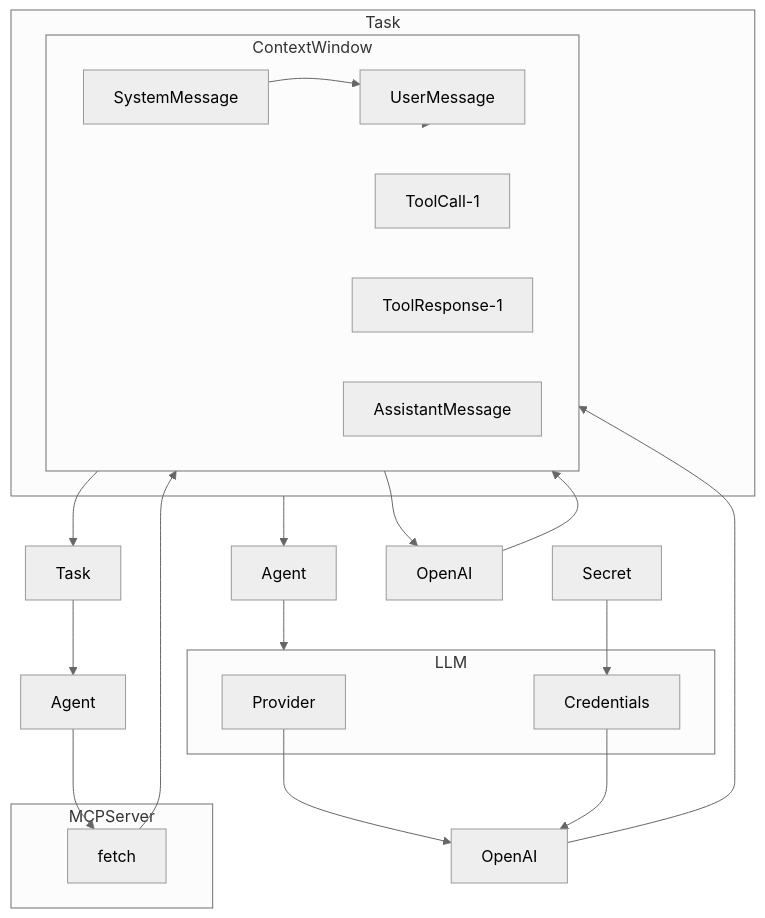
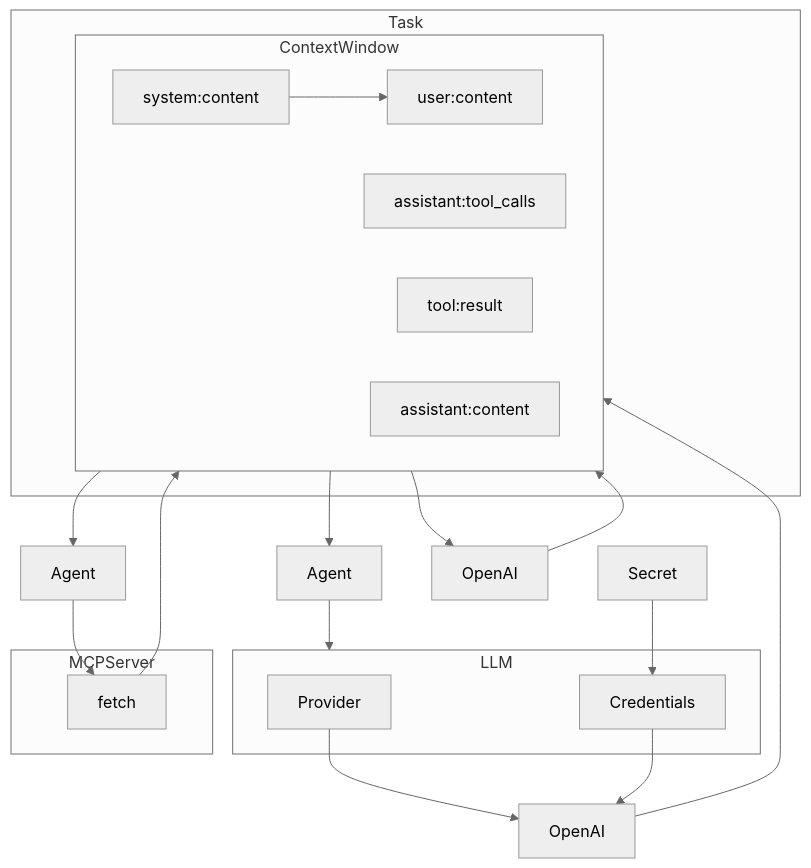
The sixth of 6 diagrams in README.md (humanlayer/smallchain), drawn with Mermaid (neutral theme) before and after one commit. The commit also changed other lines of this file, not shown here.

````diff
--- a/README.md
+++ b/README.md
@@ -708,35 +710,34 @@
 ```mermaid
 flowchart TD
 
     subgraph LLM
       Provider
       Credentials
     end
     subgraph MCPServer
       fetch
     end
     subgraph Task
       subgraph ContextWindow
         direction LR
-        SystemMessage
-        UserMessage
-        ToolCall-1
-        ToolResponse-1
-        AssistantMessage
+        SystemMessage[system:content]
+        UserMessage[user:content]
+        ToolCall-1[assistant:tool_calls]
+        ToolResponse-1[tool:result]
+        AssistantMessage[assistant:content]
       end
     end
     SystemMessage --> UserMessage
 
-    Task2[Task]
     Agent2[Agent]
 
-    UserMessage --> Task --> Agent --> LLM
+    UserMessage --> Agent --> LLM
     Provider --> OpenAI
     Secret --> Credentials
     Credentials --> OpenAI
     OpenAI --> ToolCall-1
-    ToolCall-1 --> Task2 --> Agent2 --> fetch
+    ToolCall-1 --> Agent2 --> fetch
     fetch --> ToolResponse-1
     ToolResponse-1 --> OpenAI2[OpenAI]
-    OpenAI2 --> AssistantMessage
+    OpenAI2 --> AssistantMessage[assistant:content]
 ```
````
